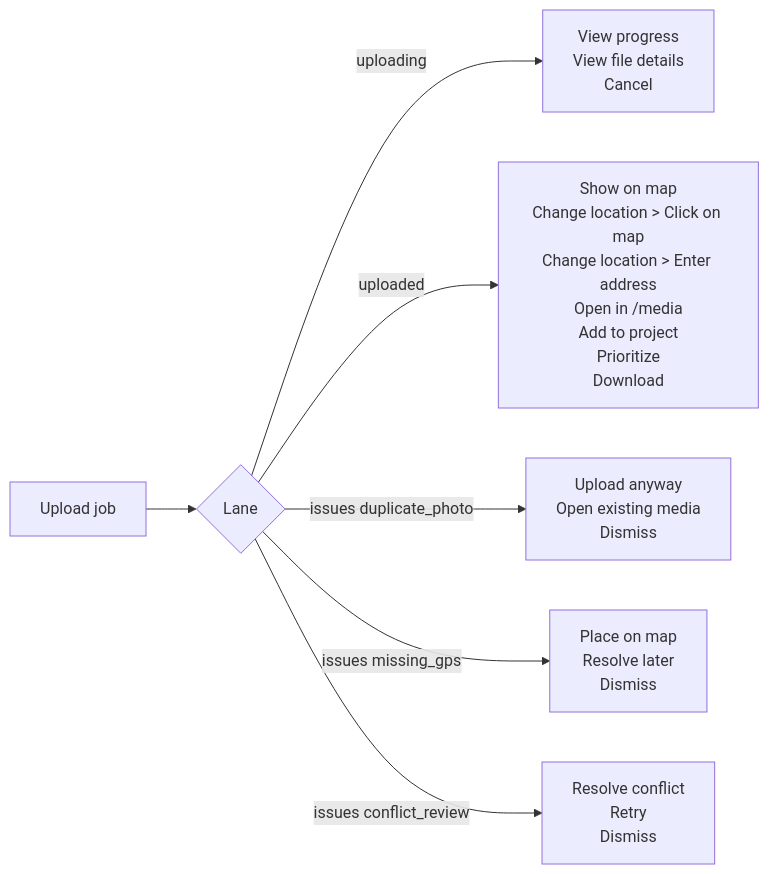
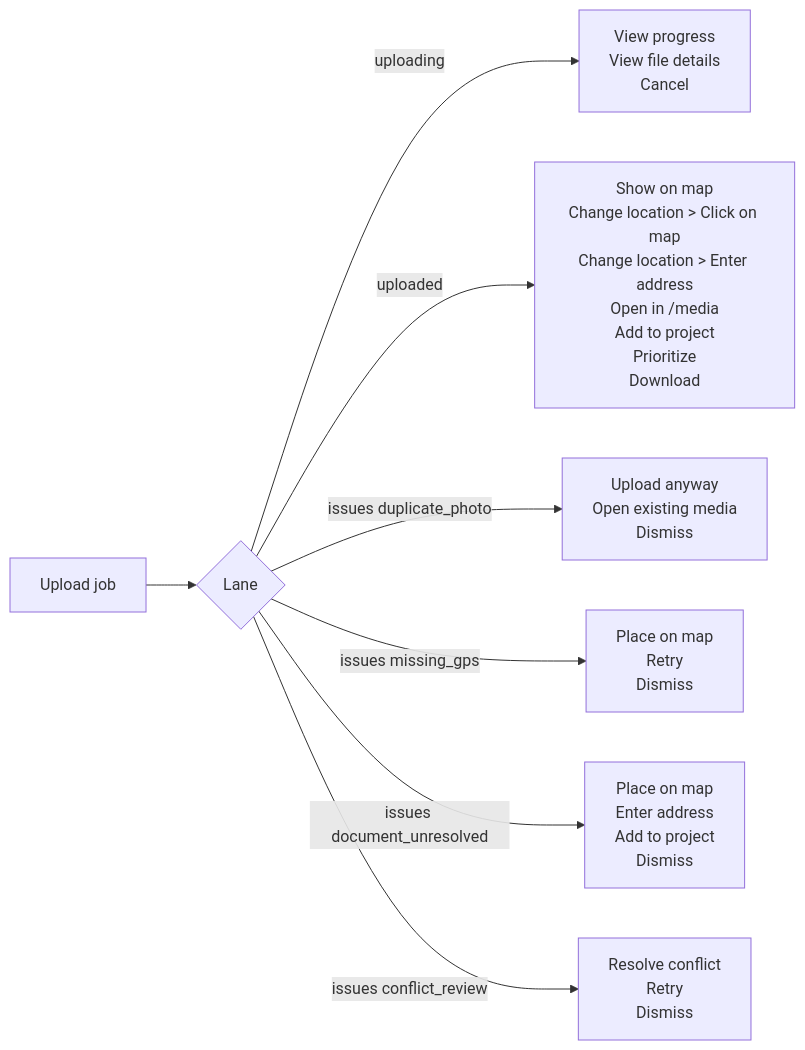
The fourth of 8 diagrams in docs/element-specs/upload-panel.md (matkleve/feldpost), drawn with Mermaid before and after one commit. The commit also changed other lines of this file and 13 other files, not shown here.

````diff
--- a/docs/element-specs/upload-panel.md
+++ b/docs/element-specs/upload-panel.md
@@ -252,9 +306,10 @@
 ```mermaid
 flowchart LR
   A[Upload job] --> B{Lane}
   B -->|uploading| C[View progress<br/>View file details<br/>Cancel]
   B -->|uploaded| D[Show on map<br/>Change location > Click on map<br/>Change location > Enter address<br/>Open in /media<br/>Add to project<br/>Prioritize<br/>Download]
   B -->|issues duplicate_photo| E[Upload anyway<br/>Open existing media<br/>Dismiss]
-  B -->|issues missing_gps| F[Place on map<br/>Resolve later<br/>Dismiss]
+  B -->|issues missing_gps| F[Place on map<br/>Retry<br/>Dismiss]
+  B -->|issues document_unresolved| H[Place on map<br/>Enter address<br/>Add to project<br/>Dismiss]
   B -->|issues conflict_review| G[Resolve conflict<br/>Retry<br/>Dismiss]
 ```
````
